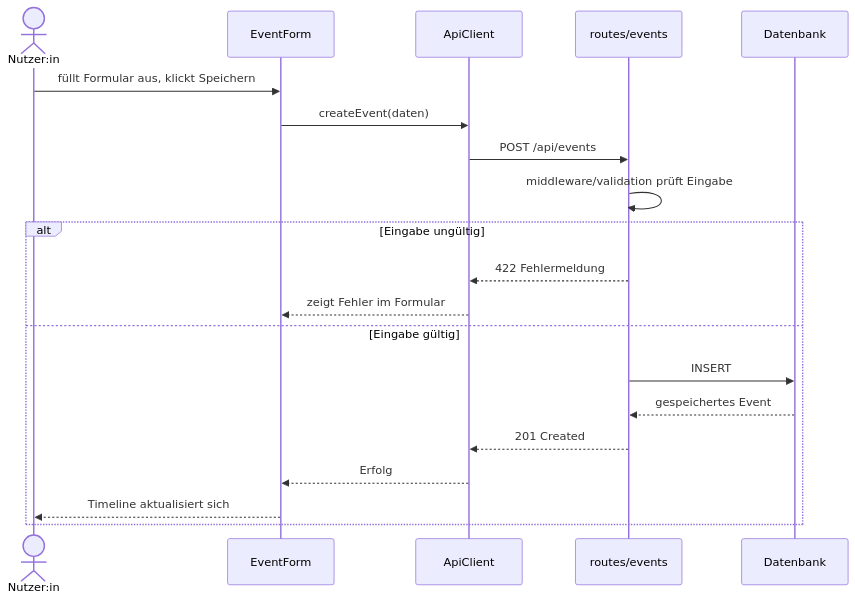
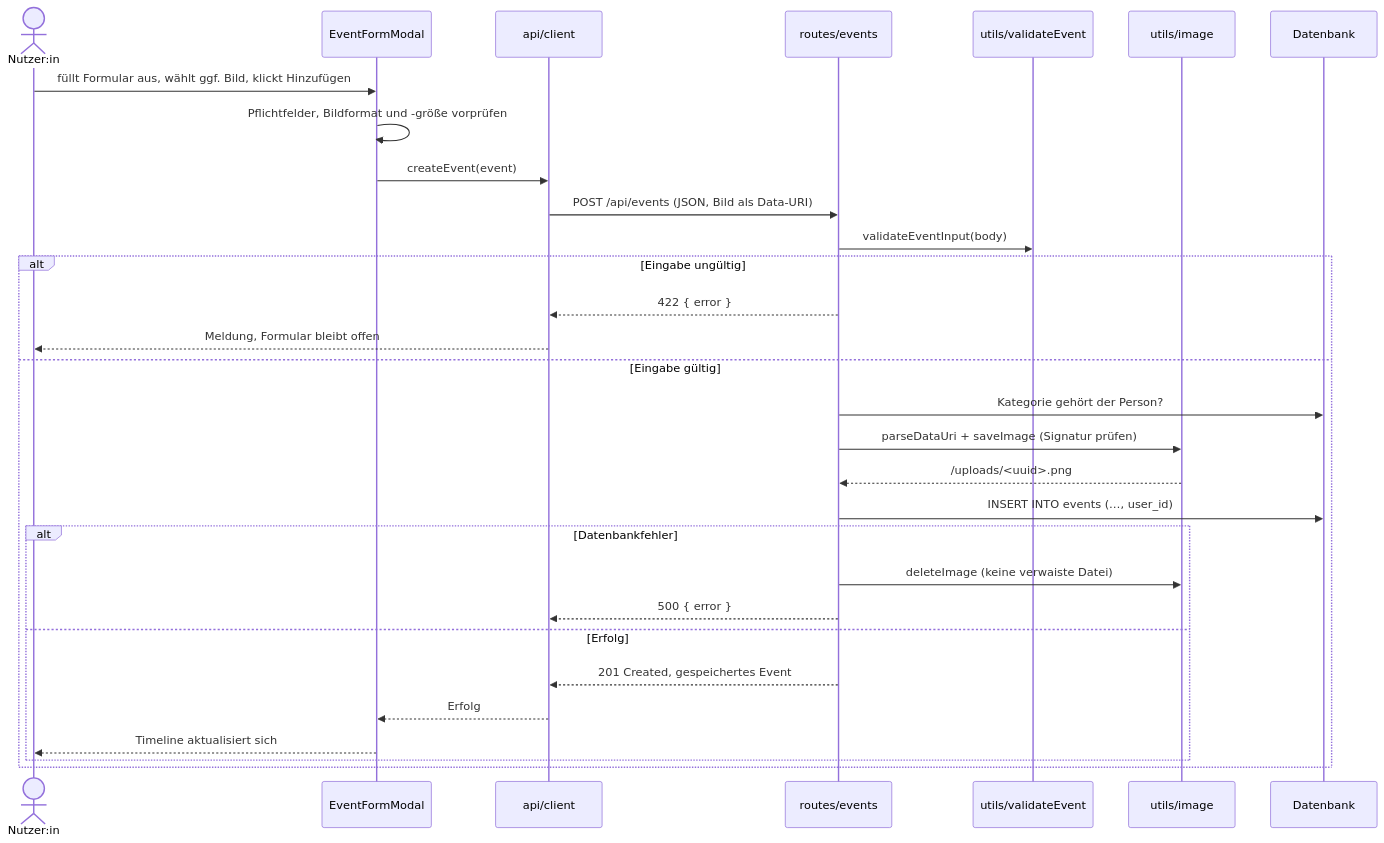
The first of 6 diagrams in docs/arch/A06-Laufzeitansicht.md (ksukh-ux/lifeline-project), drawn with Mermaid before and after one commit. The commit also changed other lines of this file, not shown here.

````diff
--- a/docs/arch/A06-Laufzeitansicht.md
+++ b/docs/arch/A06-Laufzeitansicht.md
@@ -20,23 +20,33 @@
 ```mermaid
 sequenceDiagram
     actor N as Nutzer:in
-    participant EF as EventForm
-    participant AC as ApiClient
+    participant EF as EventFormModal
+    participant AC as api/client
     participant R as routes/events
+    participant V as utils/validateEvent
+    participant I as utils/image
     participant DB as Datenbank
 
-    N->>EF: füllt Formular aus, klickt Speichern
-    EF->>AC: createEvent(daten)
-    AC->>R: POST /api/events
-    R->>R: middleware/validation prüft Eingabe
+    N->>EF: füllt Formular aus, wählt ggf. Bild, klickt Hinzufügen
+    EF->>EF: Pflichtfelder, Bildformat und -größe vorprüfen
+    EF->>AC: createEvent(event)
+    AC->>R: POST /api/events (JSON, Bild als Data-URI)
+    R->>V: validateEventInput(body)
     alt Eingabe ungültig
-        R-->>AC: 422 Fehlermeldung
-        AC-->>EF: zeigt Fehler im Formular
+        R-->>AC: 422 { error }
+        AC-->>N: Meldung, Formular bleibt offen
     else Eingabe gültig
-        R->>DB: INSERT
-        DB-->>R: gespeichertes Event
-        R-->>AC: 201 Created
-        AC-->>EF: Erfolg
-        EF-->>N: Timeline aktualisiert sich
+        R->>DB: Kategorie gehört der Person?
+        R->>I: parseDataUri + saveImage (Signatur prüfen)
+        I-->>R: /uploads/<uuid>.png
+        R->>DB: INSERT INTO events (…, user_id)
+        alt Datenbankfehler
+            R->>I: deleteImage (keine verwaiste Datei)
+            R-->>AC: 500 { error }
+        else Erfolg
+            R-->>AC: 201 Created, gespeichertes Event
+            AC-->>EF: Erfolg
+            EF-->>N: Timeline aktualisiert sich
+        end
     end
 ```
````
